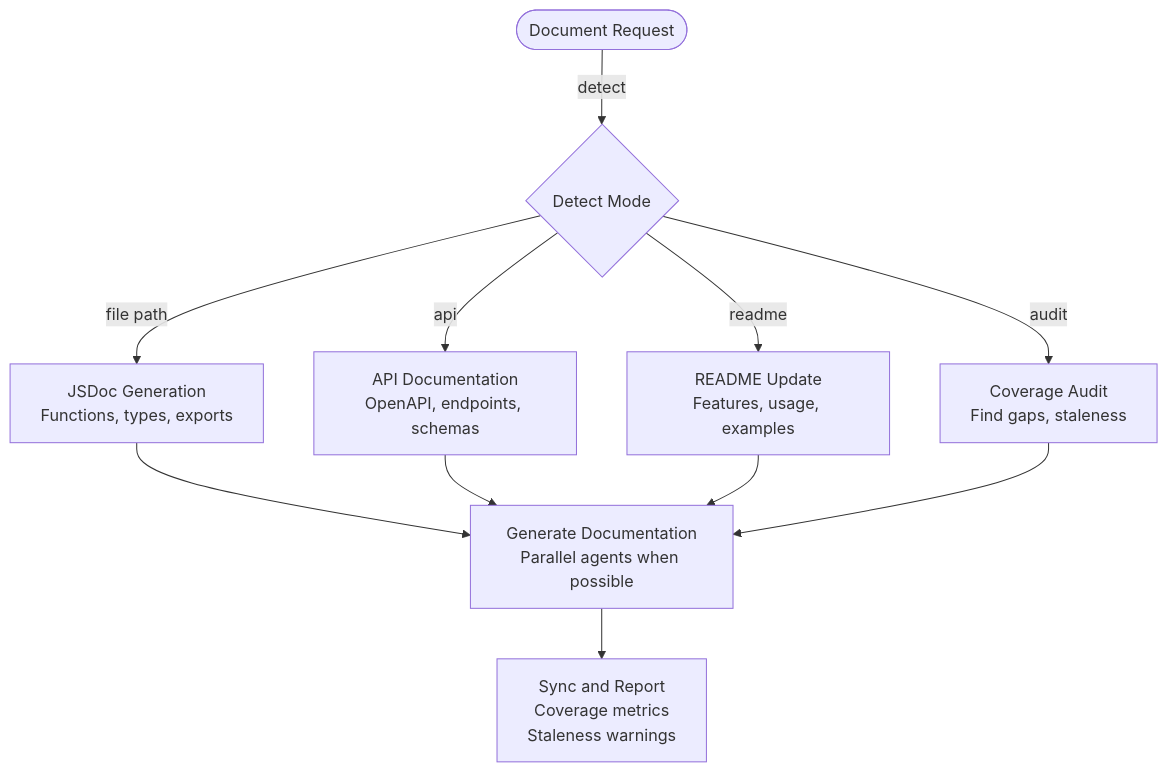
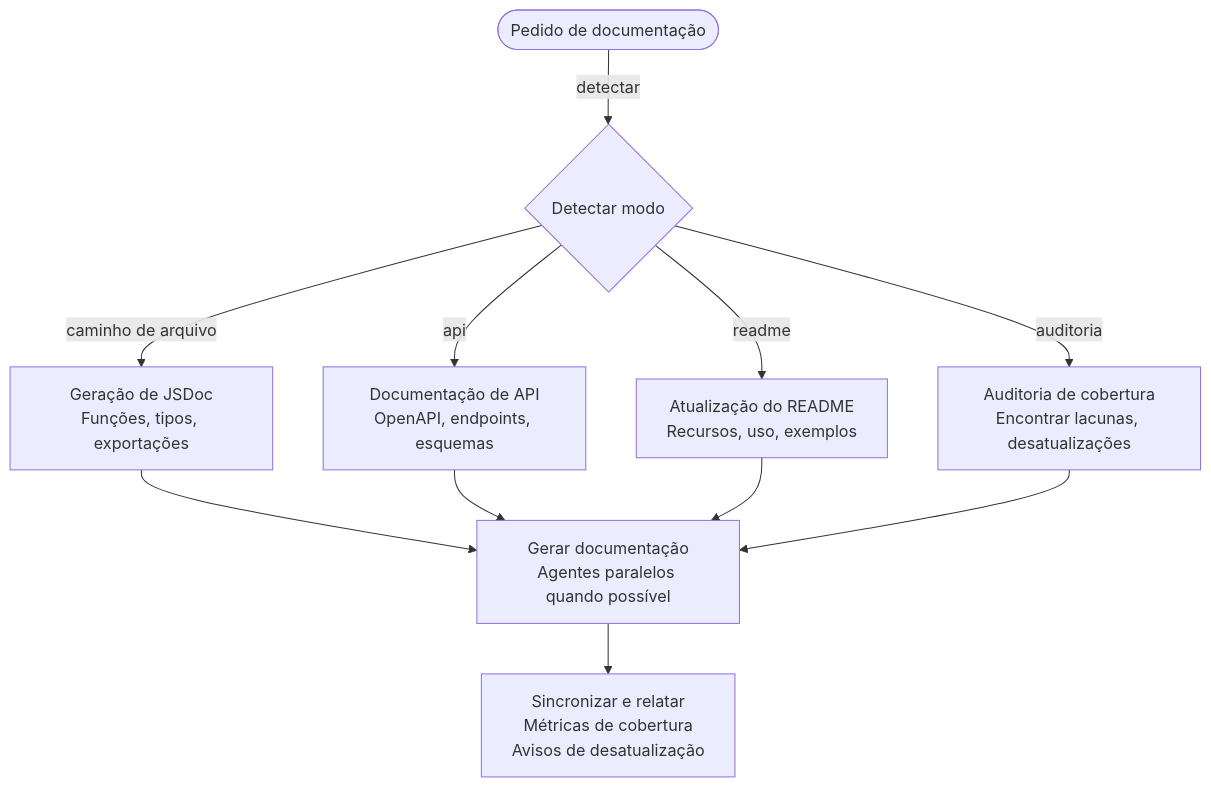
One commit to claude-code-mods/claude-code-mods-pt-br changed the sixth of 10 diagrams in mods/start/README.md. Above: the diagram before and after it, drawn with Mermaid. The commit also changed other lines of this file and 21 other files, not shown here.

````diff
--- a/mods/start/README.md
+++ b/mods/start/README.md
@@ -363,13 +363,13 @@
 ```mermaid
 flowchart TD
-    A([Document Request]) --> |detect| B{Detect Mode}
-    B --> |file path| C[JSDoc Generation<br/>Functions, types, exports]
-    B --> |api| D[API Documentation<br/>OpenAPI, endpoints, schemas]
-    B --> |readme| E[README Update<br/>Features, usage, examples]
-    B --> |audit| F[Coverage Audit<br/>Find gaps, staleness]
-    C --> G[Generate Documentation<br/>Parallel agents when possible]
+    A([Pedido de documentação]) --> |detectar| B{Detectar modo}
+    B --> |caminho de arquivo| C[Geração de JSDoc<br/>Funções, tipos, exportações]
+    B --> |api| D[Documentação de API<br/>OpenAPI, endpoints, esquemas]
+    B --> |readme| E[Atualização do README<br/>Recursos, uso, exemplos]
+    B --> |auditoria| F[Auditoria de cobertura<br/>Encontrar lacunas, desatualizações]
+    C --> G[Gerar documentação<br/>Agentes paralelos quando possível]
     D --> G
     E --> G
     F --> G
-    G --> H[Sync and Report<br/>Coverage metrics<br/>Staleness warnings]
+    G --> H[Sincronizar e relatar<br/>Métricas de cobertura<br/>Avisos de desatualização]
 ```
````
